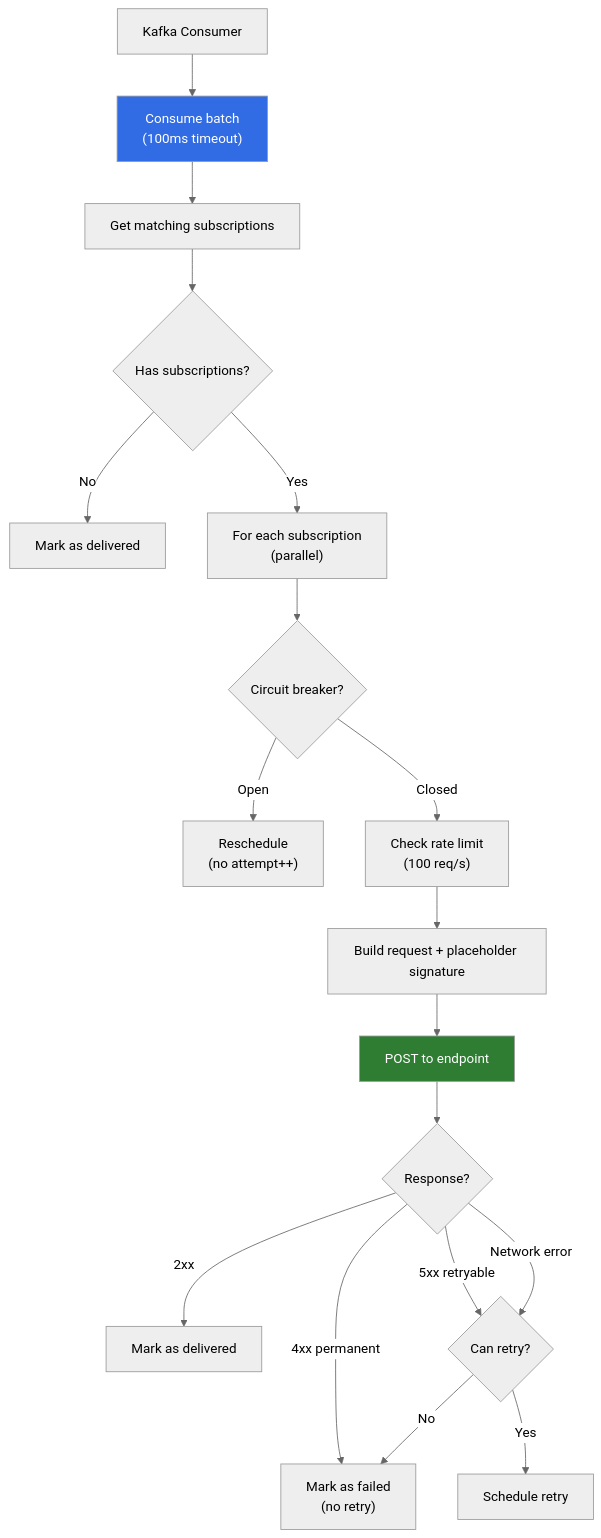
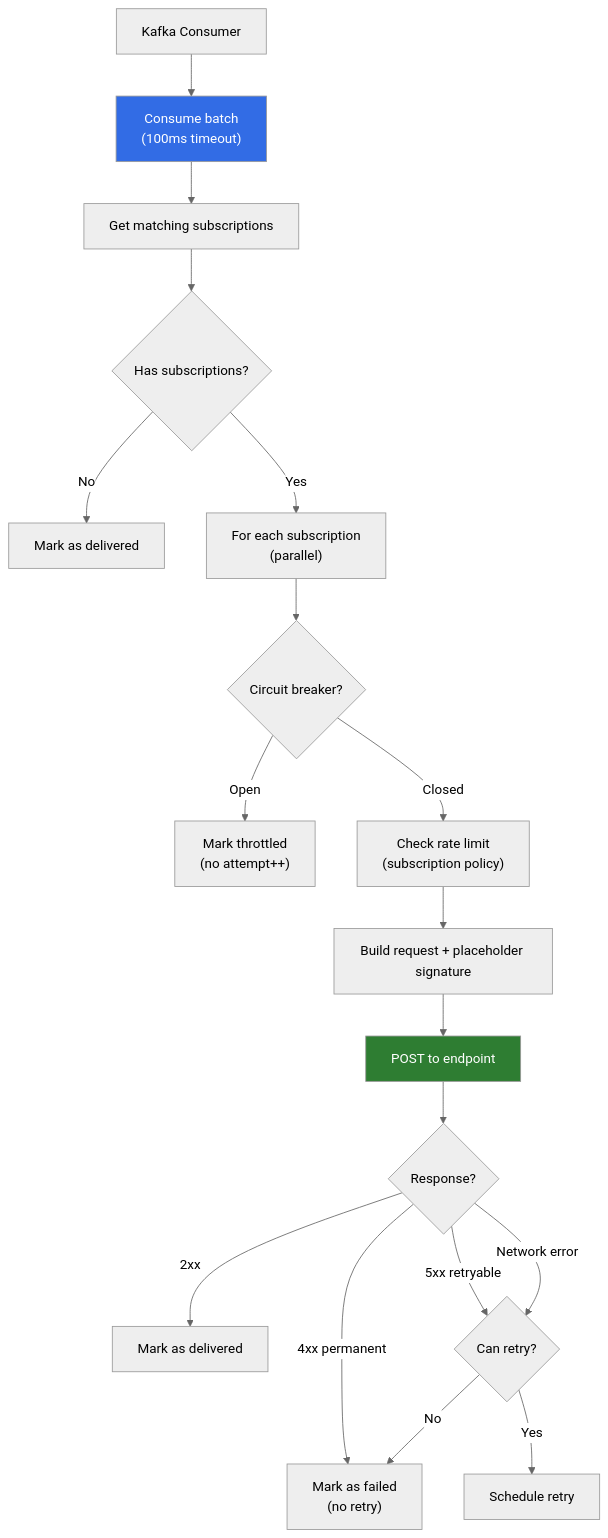
The ninth of 13 diagrams in docs/architecture.md (felipepmaragno/webhook-service), drawn with Mermaid (neutral theme) before and after one commit. The commit also changed other lines of this file and 19 other files, not shown here.

````diff
--- a/docs/architecture.md
+++ b/docs/architecture.md
@@ -380,28 +382,28 @@
 ```mermaid
 flowchart TD
     A["Kafka Consumer"] --> B["Consume batch<br/>(100ms timeout)"]
     B --> C["Get matching subscriptions"]
     C --> D{"Has subscriptions?"}
     
     D -->|No| E["Mark as delivered"]
     D -->|Yes| F["For each subscription<br/>(parallel)"]
     
     F --> G{"Circuit breaker?"}
-    G -->|Open| H["Reschedule<br/>(no attempt++)"]
-    G -->|Closed| I["Check rate limit<br/>(100 req/s)"]
+    G -->|Open| H["Mark throttled<br/>(no attempt++)"]
+    G -->|Closed| I["Check rate limit<br/>(subscription policy)"]
     
     I --> J["Build request + placeholder signature"]
     J --> K["POST to endpoint"]
     
     K --> L{"Response?"}
     L -->|2xx| M["Mark as delivered"]
     L -->|4xx permanent| P["Mark as failed<br/>(no retry)"]
     L -->|5xx retryable| N{"Can retry?"}
     L -->|Network error| N
     
     N -->|Yes| O["Schedule retry"]
     N -->|No| P
     
     style B fill:#326ce5,color:#fff
     style K fill:#2e7d32,color:#fff
 ```
````
